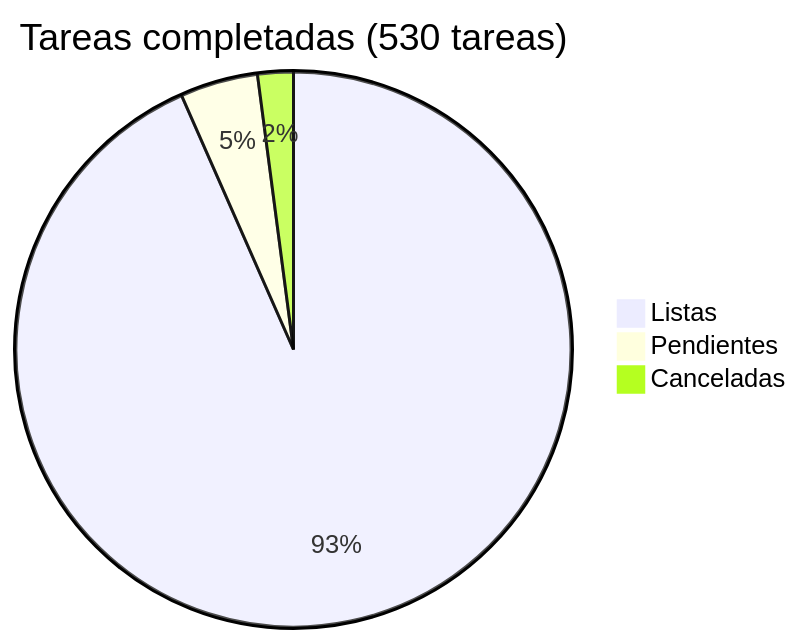
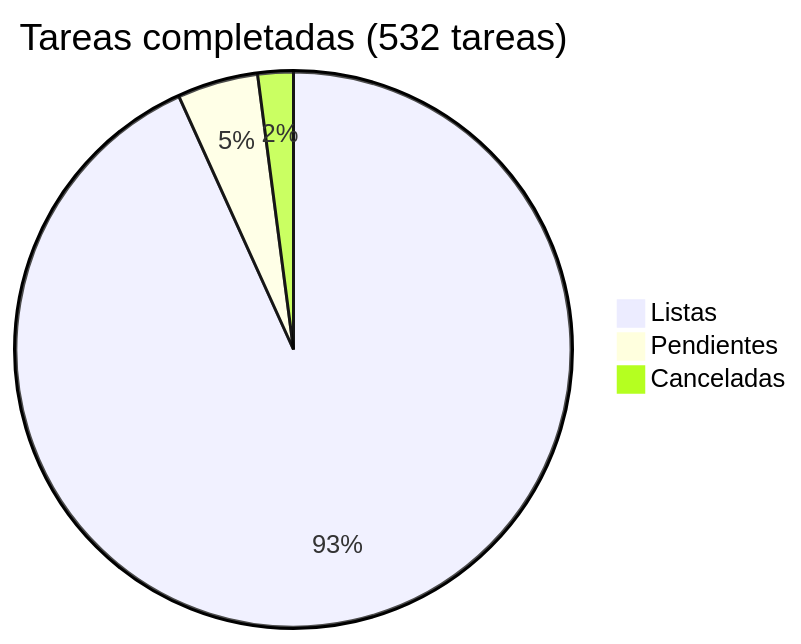
One commit to araguaney-org/araguaney changed the diagram in docs/roadmap/README.md. Above: the diagram before and after it, drawn with Mermaid. The commit also changed other lines of this file and 8 other files, not shown here.

````diff
--- a/docs/roadmap/README.md
+++ b/docs/roadmap/README.md
@@ -5,6 +5,6 @@
 ```mermaid
-pie title Tareas completadas (530 tareas)
-    "Listas" : 495
-    "Pendientes" : 24
+pie title Tareas completadas (532 tareas)
+    "Listas" : 496
+    "Pendientes" : 25
     "Canceladas" : 11
 ```
````
